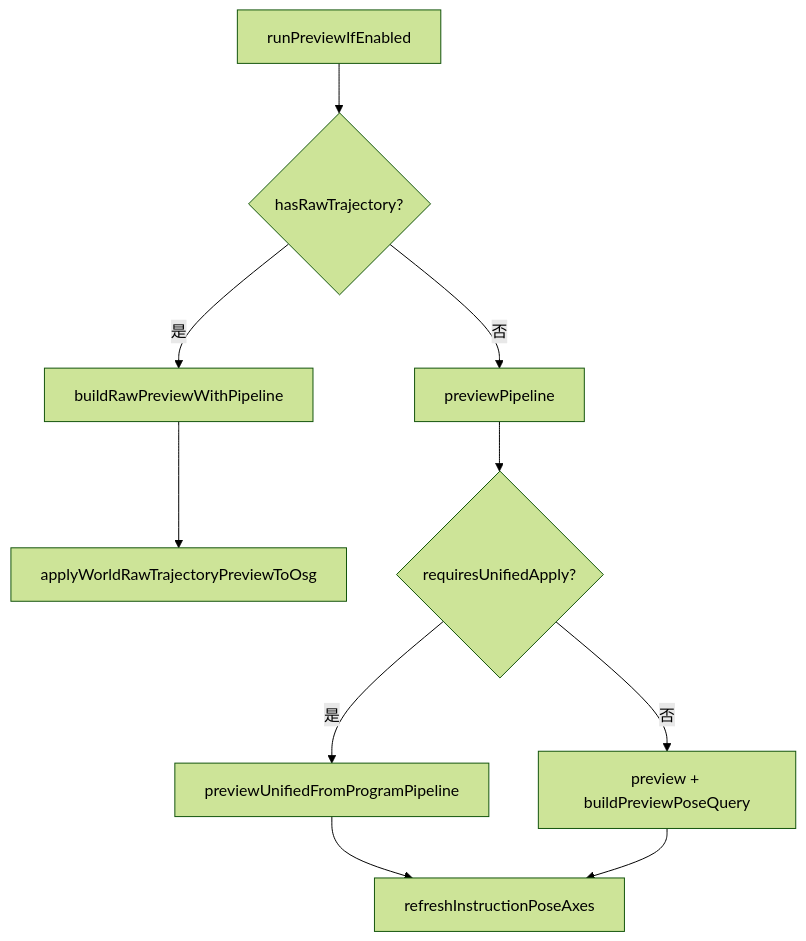
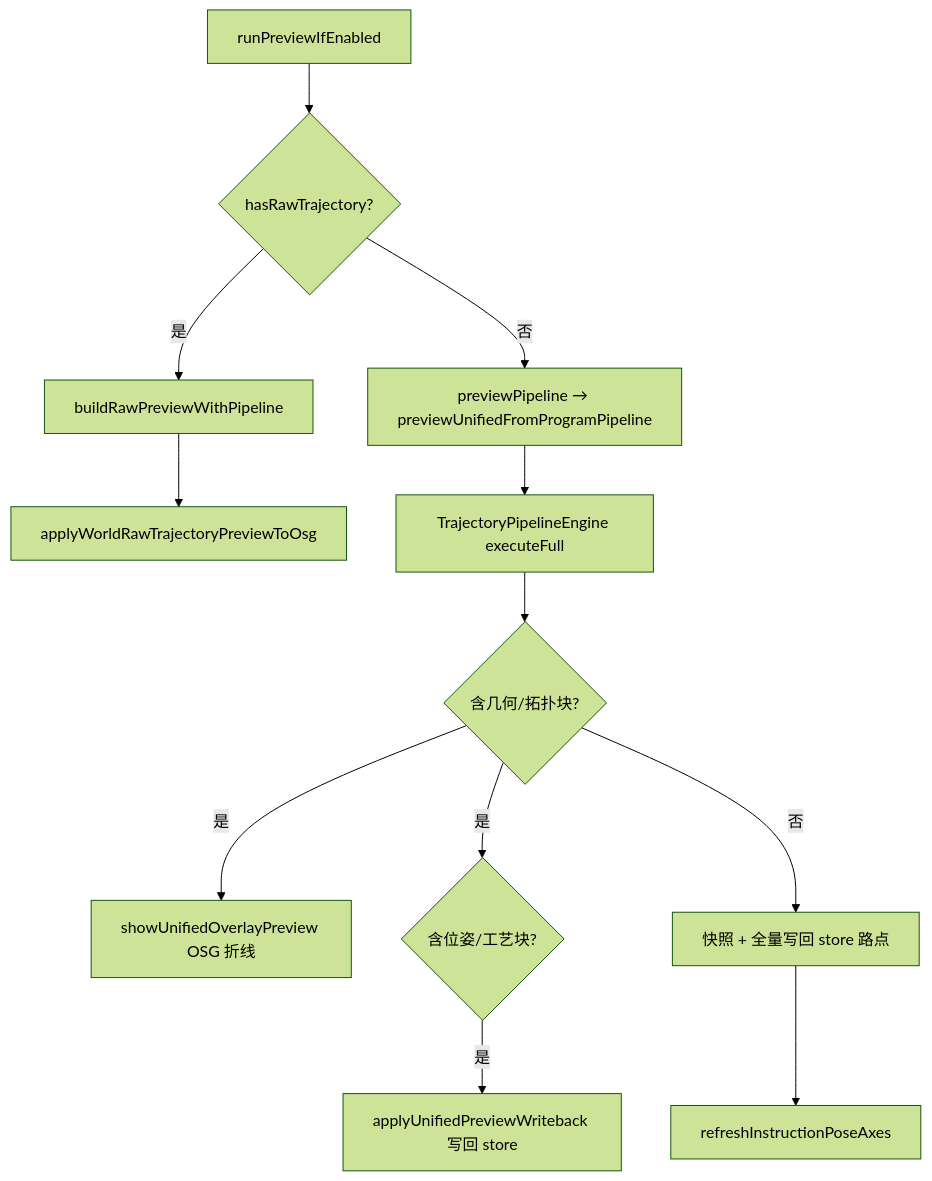
One commit to sanmunejdn/CloudSim changed the diagram in src/UI/RobotWidget/DEVELOPER_GUIDE.md. Above: the diagram before and after it, drawn with Mermaid (forest theme). The commit also changed other lines of this file and 207 other files, not shown here.

````diff
--- a/src/UI/RobotWidget/DEVELOPER_GUIDE.md
+++ b/src/UI/RobotWidget/DEVELOPER_GUIDE.md
@@ -465,13 +477,15 @@
 ```mermaid
 flowchart TD
   UI[runPreviewIfEnabled]
   UI --> HasRaw{hasRawTrajectory?}
   HasRaw -->|是| RawPrev[buildRawPreviewWithPipeline]
   RawPrev --> WorldOsg[applyWorldRawTrajectoryPreviewToOsg]
-  HasRaw -->|否| PipePrev[previewPipeline]
-  PipePrev --> NeedU{requiresUnifiedApply?}
-  NeedU -->|是| ProgU[previewUnifiedFromProgramPipeline]
-  NeedU -->|否| ProgQ[preview + buildPreviewPoseQuery]
-  ProgU --> Axes[refreshInstructionPoseAxes]
-  ProgQ --> Axes
+  HasRaw -->|否| PipePrev[previewPipeline → previewUnifiedFromProgramPipeline]
+  PipePrev --> Engine[TrajectoryPipelineEngine executeFull]
+  Engine --> Topo{含几何/拓扑块?}
+  Topo -->|是| Overlay[showUnifiedOverlayPreview OSG 折线]
+  Topo -->|是| Mixed{含位姿/工艺块?}
+  Mixed -->|是| PartialWB[applyUnifiedPreviewWriteback 写回 store]
+  Topo -->|否| Writeback[快照 + 全量写回 store 路点]
+  Writeback --> Axes[refreshInstructionPoseAxes]
 ```
````
